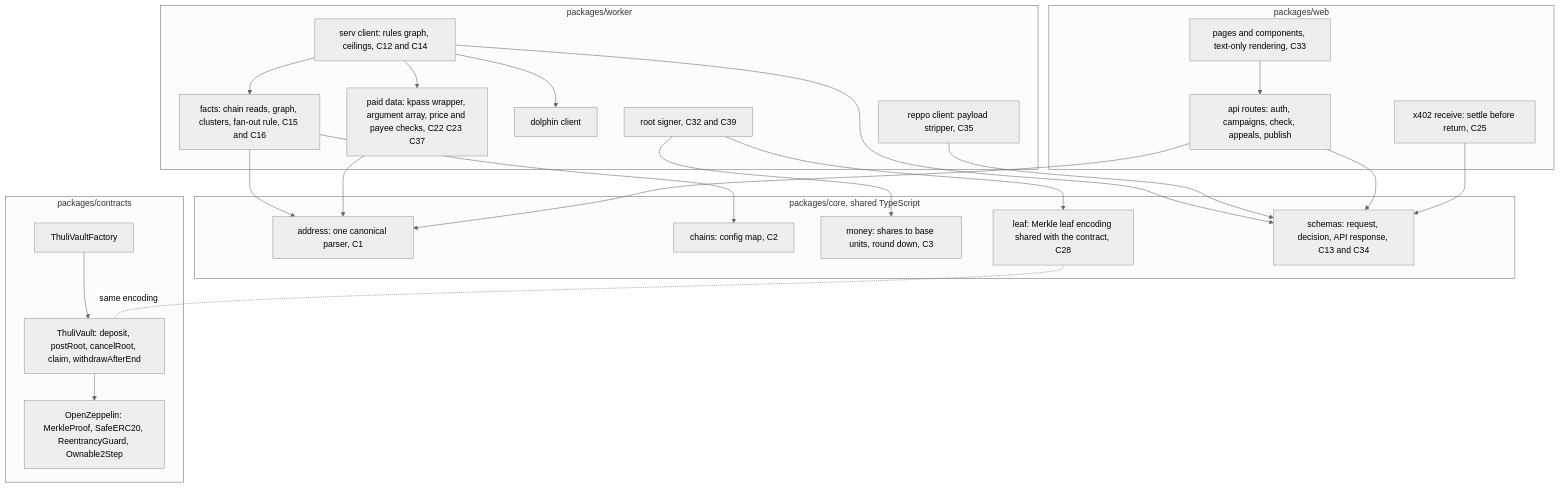
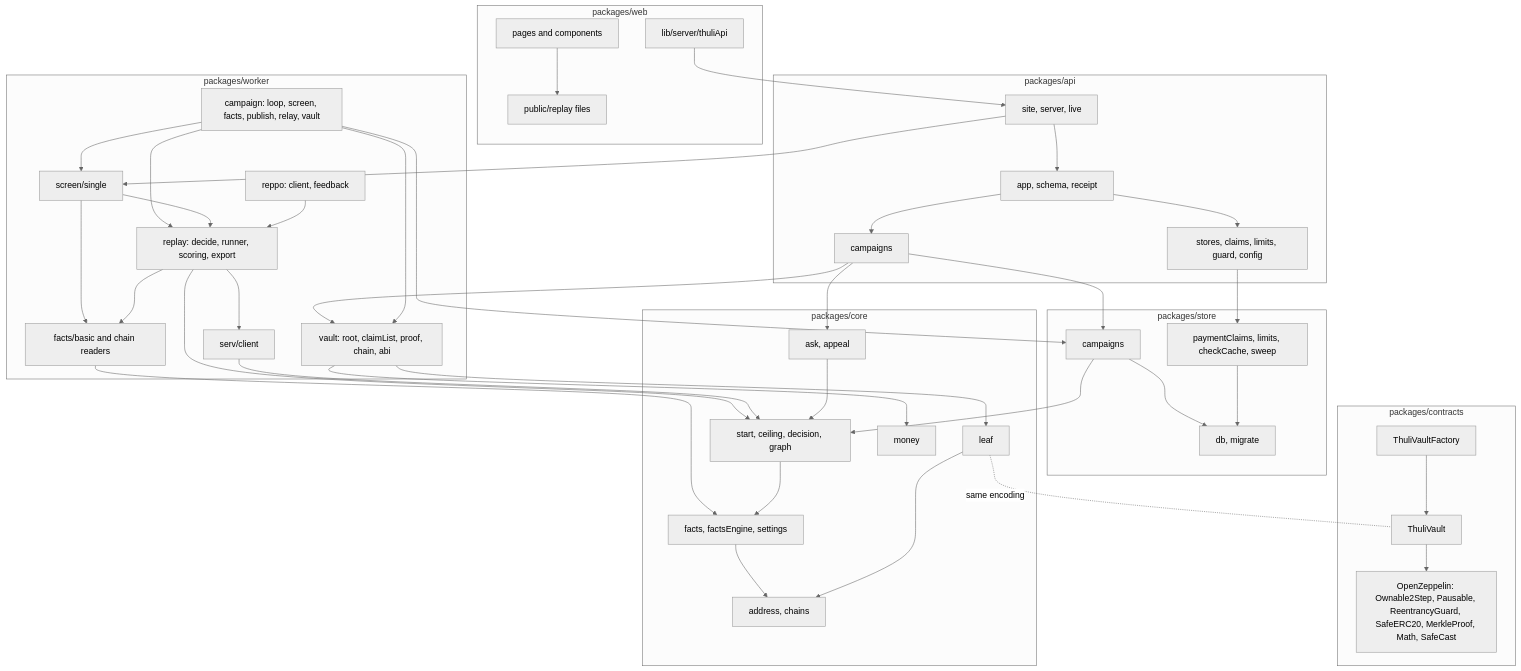
Before and after one commit to ramakrishnanhulk20/thuli: the third of 3 diagrams in ARCHITECTURE.md, drawn with Mermaid (neutral theme). The commit also changed other lines of this file, not shown here.

Commit message:
Redraw the diagrams from the code as built

````diff
--- a/ARCHITECTURE.md
+++ b/ARCHITECTURE.md
@@ -115,48 +150,81 @@
 ```mermaid
 flowchart TB
-  subgraph contracts["packages/contracts"]
-    VF["ThuliVaultFactory"]
-    VA["ThuliVault: deposit, postRoot, cancelRoot, claim, withdrawAfterEnd"]
-    VF --> VA
-    VA --> OZ["OpenZeppelin: MerkleProof, SafeERC20, ReentrancyGuard, Ownable2Step"]
+  subgraph web["packages/web"]
+    PAGES["pages and components"]
+    THULIAPI["lib/server/thuliApi"]
+    RFILES["public/replay files"]
   end
 
-  subgraph core["packages/core, shared TypeScript"]
-    ADDR["address: one canonical parser, C1"]
-    CHAIN["chains: config map, C2"]
-    MONEY["money: shares to base units, round down, C3"]
-    LEAF["leaf: Merkle leaf encoding shared with the contract, C28"]
-    SCHEMA["schemas: request, decision, API response, C13 and C34"]
+  subgraph api["packages/api"]
+    SITE["site, server, live"]
+    APP["app, schema, receipt"]
+    ACAMP["campaigns"]
+    AREST["stores, claims, limits, guard, config"]
   end
 
   subgraph worker["packages/worker"]
-    FACTS["facts: chain reads, graph, clusters, fan-out rule, C15 and C16"]
-    PAY["paid data: kpass wrapper, argument array, price and payee checks, C22 C23 C37"]
-    DOLC["dolphin client"]
-    SERVC["serv client: rules graph, ceilings, C12 and C14"]
-    REPC["reppo client: payload stripper, C35"]
-    ROOT["root signer, C32 and C39"]
+    CAMPW["campaign: loop, screen, facts, publish, relay, vault"]
+    SINGLE["screen/single"]
+    REPLAY["replay: decide, runner, scoring, export"]
+    REPPO["reppo: client, feedback"]
+    SERVC["serv/client"]
+    READ["facts/basic and chain readers"]
+    VAULTW["vault: root, claimList, proof, chain, abi"]
   end
 
-  subgraph web["packages/web"]
-    PAGES["pages and components, text-only rendering, C33"]
-    ROUTES["api routes: auth, campaigns, check, appeals, publish"]
-    X4["x402 receive: settle before return, C25"]
+  subgraph store["packages/store"]
+    SCAMP["campaigns"]
+    SROWS["paymentClaims, limits, checkCache, sweep"]
+    SDB["db, migrate"]
   end
 
+  subgraph core["packages/core"]
+    SIGN["ask, appeal"]
+    DEC["start, ceiling, decision, graph"]
+    FACTS["facts, factsEngine, settings"]
+    LEAF["leaf"]
+    MONEY["money"]
+    ADDR["address, chains"]
+  end
+
+  subgraph contracts["packages/contracts"]
+    VF["ThuliVaultFactory"]
+    VA["ThuliVault"]
+    OZ["OpenZeppelin: Ownable2Step, Pausable, ReentrancyGuard, SafeERC20, MerkleProof, Math, SafeCast"]
+  end
+
+  PAGES --> RFILES
+  THULIAPI --> SITE
+  SITE --> APP
+  SITE --> SINGLE
+  APP --> ACAMP
+  APP --> AREST
+  AREST --> SROWS
+  ACAMP --> SCAMP
+  ACAMP --> SIGN
+  ACAMP --> VAULTW
+  CAMPW --> SINGLE
+  CAMPW --> REPLAY
+  CAMPW --> VAULTW
+  CAMPW --> SCAMP
+  SINGLE --> READ
+  SINGLE --> REPLAY
+  REPLAY --> SERVC
+  REPLAY --> READ
+  REPLAY --> DEC
+  REPPO --> REPLAY
+  READ --> FACTS
+  SERVC --> DEC
+  VAULTW --> LEAF
+  VAULTW --> MONEY
+  SCAMP --> SDB
+  SROWS --> SDB
+  SCAMP --> DEC
+  SIGN --> DEC
+  DEC --> FACTS
   FACTS --> ADDR
-  FACTS --> CHAIN
-  PAY --> ADDR
-  SERVC --> SCHEMA
-  SERVC --> FACTS
-  SERVC --> DOLC
-  SERVC --> PAY
-  REPC --> SCHEMA
-  ROOT --> LEAF
-  ROOT --> MONEY
-  ROUTES --> ADDR
-  ROUTES --> SCHEMA
-  X4 --> SCHEMA
-  PAGES --> ROUTES
-  LEAF -.same encoding.- VA
+  LEAF --> ADDR
+  VF --> VA
+  VA --> OZ
+  LEAF -.-|"same encoding"| VA
 ```
````
